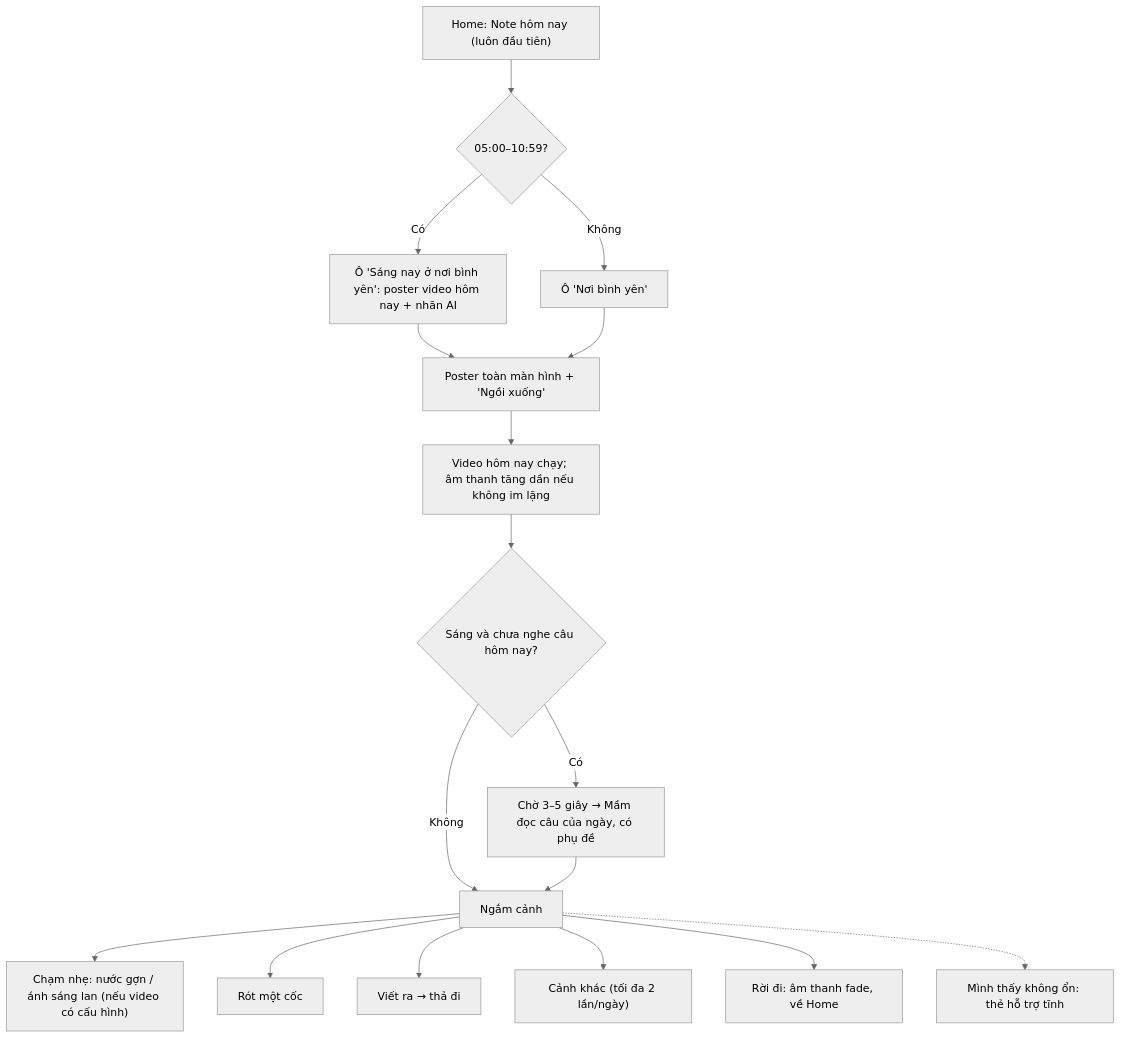
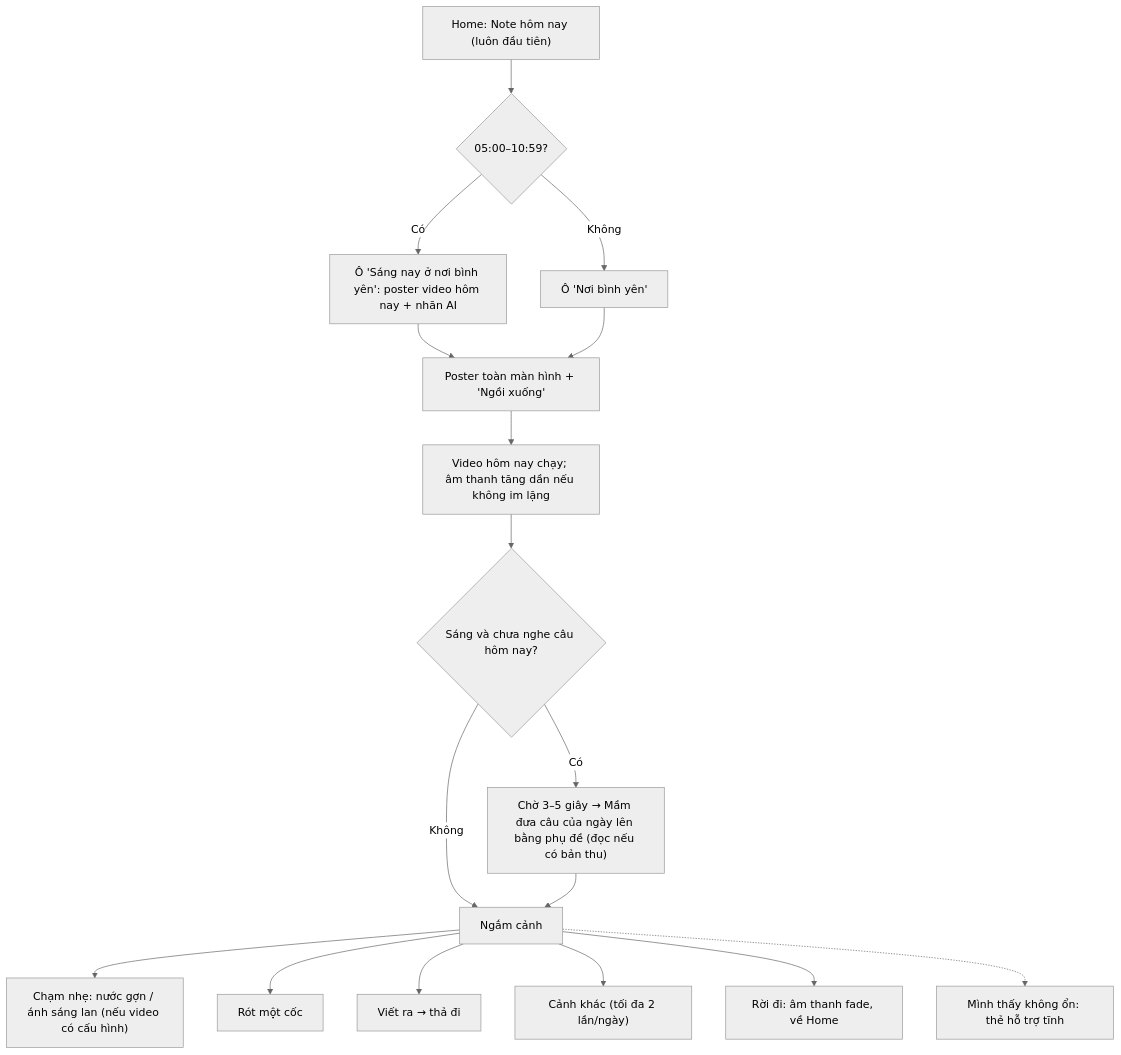
The diagram in docs/foundation/la-lanh-noi-binh-yen-prd.md (honghanh153-creator/la-lanh), drawn with Mermaid (neutral theme) before and after one commit. The commit also changed other lines of this file and 4 other files, not shown here.

````diff
--- a/docs/foundation/la-lanh-noi-binh-yen-prd.md
+++ b/docs/foundation/la-lanh-noi-binh-yen-prd.md
@@ -168,19 +179,19 @@
 ```mermaid
 flowchart TD
   H["Home: Note hôm nay (luôn đầu tiên)"] --> T{"05:00–10:59?"}
   T -->|Có| M["Ô 'Sáng nay ở nơi bình yên': poster video hôm nay + nhãn AI"]
   T -->|Không| N["Ô 'Nơi bình yên'"]
   M --> S["Poster toàn màn hình + 'Ngồi xuống'"]
   N --> S
   S --> V["Video hôm nay chạy; âm thanh tăng dần nếu không im lặng"]
   V --> Q{"Sáng và chưa nghe câu hôm nay?"}
-  Q -->|Có| R["Chờ 3–5 giây → Mầm đọc câu của ngày, có phụ đề"]
+  Q -->|Có| R["Chờ 3–5 giây → Mầm đưa câu của ngày lên bằng phụ đề (đọc nếu có bản thu)"]
   Q -->|Không| SC["Ngắm cảnh"]
   R --> SC
   SC --> TC["Chạm nhẹ: nước gợn / ánh sáng lan (nếu video có cấu hình)"]
   SC --> D["Rót một cốc"]
   SC --> W["Viết ra → thả đi"]
   SC --> O["Cảnh khác (tối đa 2 lần/ngày)"]
   SC --> X["Rời đi: âm thanh fade, về Home"]
   SC -.-> C["Mình thấy không ổn: thẻ hỗ trợ tĩnh"]
 ```
````
